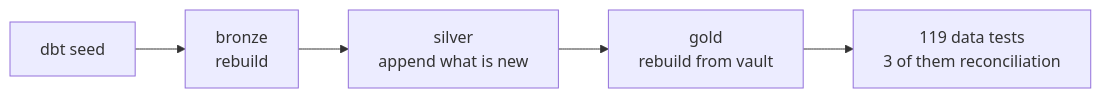
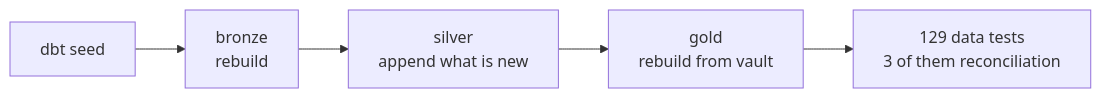
Before and after one commit to juliuschaesar-dev/datavault-dbt: the fourth of 4 diagrams in docs/architecture.md, drawn with Mermaid. The commit also changed other lines of this file and 10 other files, not shown here.

````diff
--- a/docs/architecture.md
+++ b/docs/architecture.md
@@ -251,7 +258,7 @@
 ```mermaid
 flowchart LR
     A["dbt seed"] --> B["bronze<br/>rebuild"]
     B --> C["silver<br/>append what is new"]
     C --> D["gold<br/>rebuild from vault"]
-    D --> E["119 data tests<br/>3 of them reconciliation"]
+    D --> E["129 data tests<br/>3 of them reconciliation"]
 ```
````
